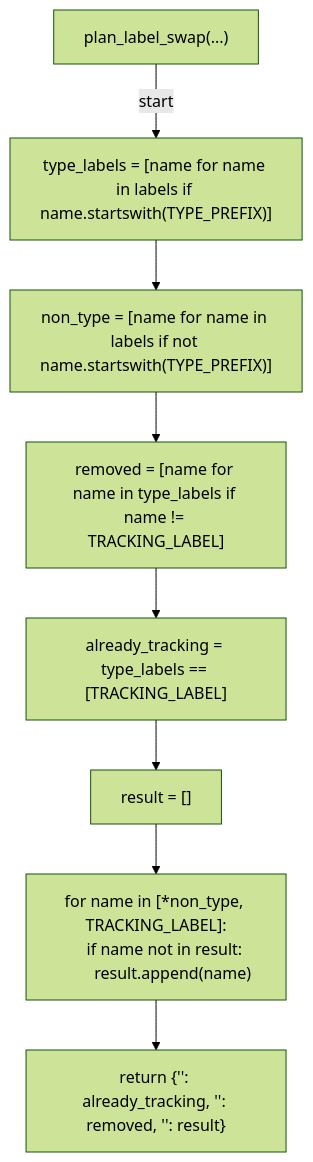
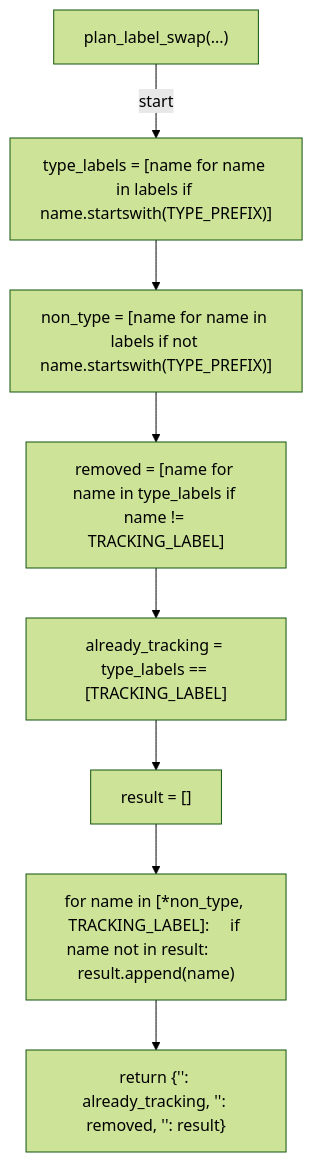
One commit to tvna/claude-md changed the first of 8 diagrams in docs/generated/scripts/ast/np_strategy_tracking.md. Above: the diagram before and after it, drawn with Mermaid (forest theme). The commit also changed other lines of this file and 30 other files, not shown here.

First line of the commit message:
docs(generated): regenerate decision tree and workflow diagrams (batch 2/5)

````diff
--- a/docs/generated/scripts/ast/np_strategy_tracking.md
+++ b/docs/generated/scripts/ast/np_strategy_tracking.md
@@ -7,20 +7,18 @@
 ```mermaid
 flowchart TD
     N001["plan_label_swap(...)"]
     N002["type_labels = [name for name in labels if name.startswith(TYPE_PREFIX)]"]
     N003["non_type = [name for name in labels if not name.startswith(TYPE_PREFIX)]"]
     N004["removed = [name for name in type_labels if name != TRACKING_LABEL]"]
     N005["already_tracking = type_labels == [TRACKING_LABEL]"]
     N006["result = []"]
-    N007["for name in [*non_type, TRACKING_LABEL]:
-    if name not in result:
-        result.append(name)"]
+    N007["for name in [*non_type, TRACKING_LABEL]:     if name not in result:         result.append(name)"]
     N008["return {'<str>': already_tracking, '<str>': removed, '<str>': result}"]
     N001 -->|"start"| N002
     N002 --> N003
     N003 --> N004
     N004 --> N005
     N005 --> N006
     N006 --> N007
     N007 --> N008
 ```
````
